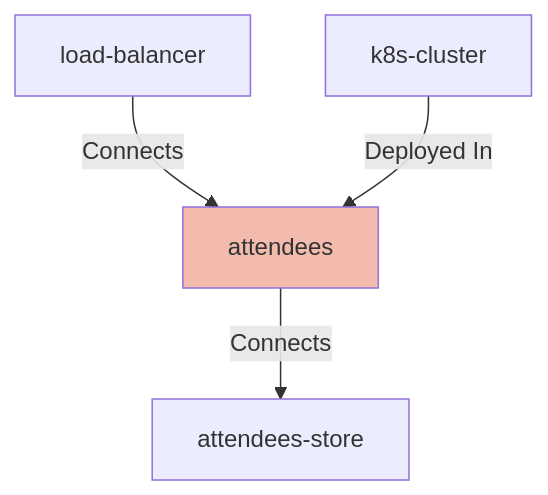
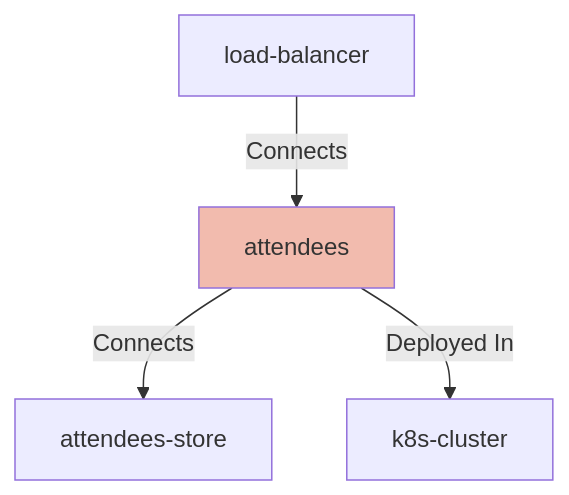
The diagram in cli/test_fixtures/getting-started/STEP-2/website/docs/nodes/attendees.md (finos/architecture-as-code), drawn with Mermaid before and after one commit. The commit also changed other lines of this file and 128 other files, not shown here.

````diff
--- a/cli/test_fixtures/getting-started/STEP-2/website/docs/nodes/attendees.md
+++ b/cli/test_fixtures/getting-started/STEP-2/website/docs/nodes/attendees.md
@@ -115,9 +61,8 @@
 ```mermaid
 graph TD;
 attendees[attendees]:::highlight;
 load-balancer -- Connects --> attendees;
 attendees -- Connects --> attendees-store;
-k8s-cluster -- Deployed In --> attendees;
+attendees -- Deployed In --> k8s-cluster;
 classDef highlight fill:#f2bbae;
-
 ```
````
